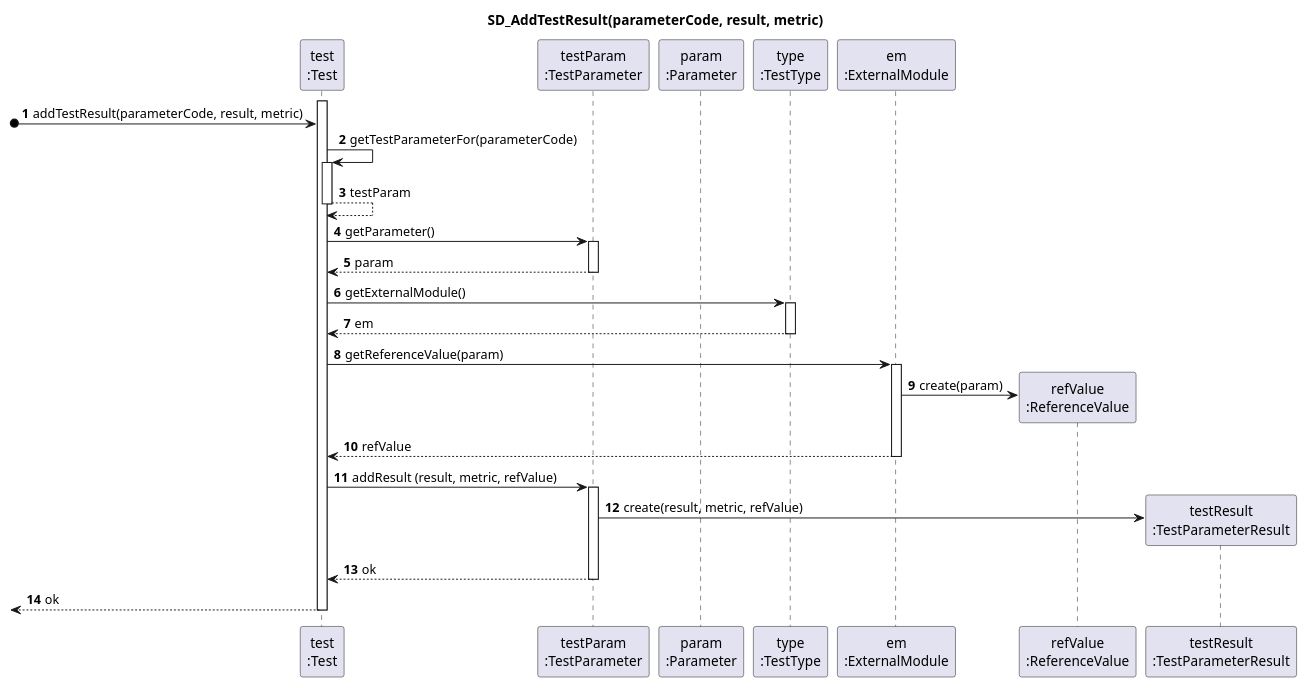
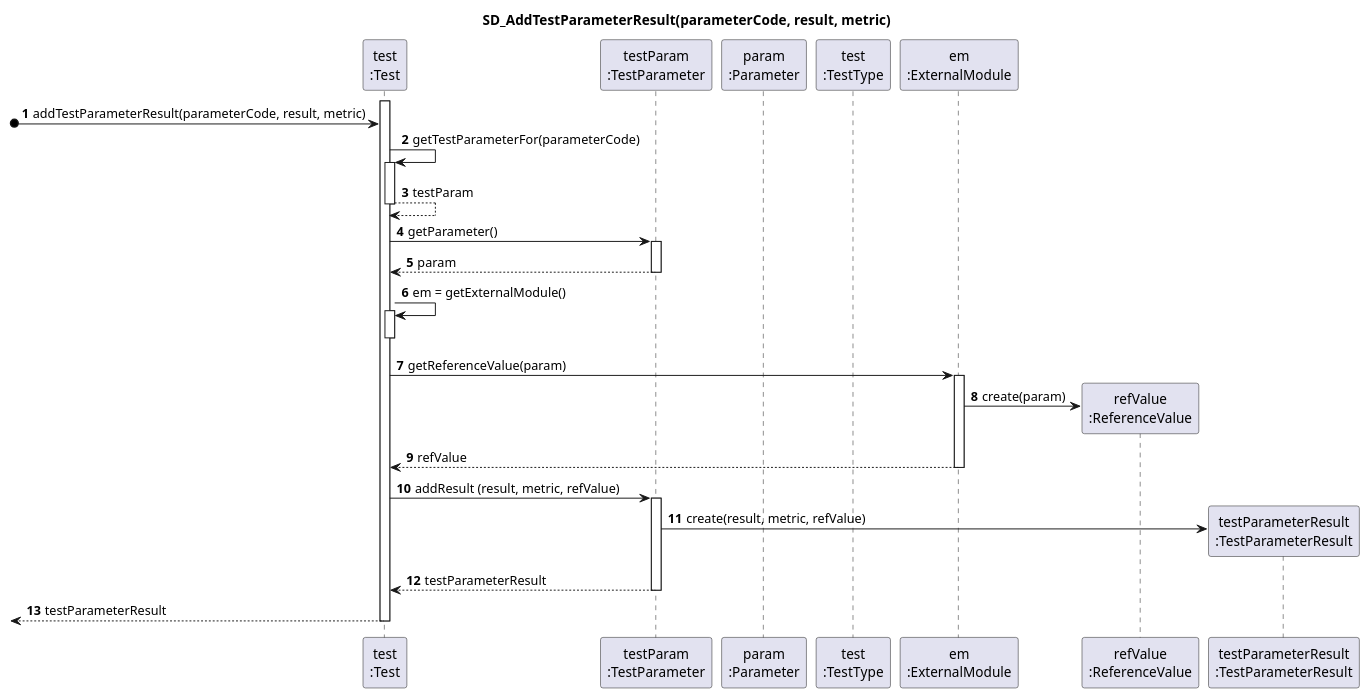
One commit to Pedromaia26/LAPR2-ISEP changed the diagram in docs/SprintC/US12_ResultsOfTest/SD_AddResult.puml. Above: the diagram before and after it, drawn with PlantUML. The commit also changed 5 other files, not shown here.

```diff
--- a/docs/SprintC/US12_ResultsOfTest/SD_AddResult.puml
+++ b/docs/SprintC/US12_ResultsOfTest/SD_AddResult.puml
@@ -1,45 +1,44 @@
 @startuml
 'https://plantuml.com/sequence-diagram
 
 autonumber
 
-title SD_AddTestResult(parameterCode, result, metric)
+title SD_AddTestParameterResult(parameterCode, result, metric)
 
 
 participant "test\n:Test" as T
 participant "testParam\n:TestParameter" as TP
 participant "param\n:Parameter" as P
-participant "type\n:TestType" as TT
+participant "test\n:TestType" as TT
 participant "em\n:ExternalModule" as EM
 participant "refValue\n:ReferenceValue" as RF
-participant "testResult\n:TestParameterResult" as TR
+participant "testParameterResult\n:TestParameterResult" as TR
 
 activate T
-?o-> T: addTestResult(parameterCode, result, metric)
+?o-> T: addTestParameterResult(parameterCode, result, metric)
     T -> T: getTestParameterFor(parameterCode)
 activate T
 T -->T: testParam
 deactivate T
     T -> TP: getParameter()
 activate TP
 TP --> T: param
 deactivate TP
 
-T -> TT: getExternalModule()
-activate TT
-TT --> T: em
-deactivate TT
+T -> T: em = getExternalModule()
+activate T
+deactivate T
 T -> EM: getReferenceValue(param)
 activate EM
 EM -> RF**: create(param)
 EM --> T: refValue
 deactivate EM
 T -> TP: addResult (result, metric, refValue)
 activate TP
 TP -> TR**: create(result, metric, refValue)
-TP --> T: ok
+TP --> T: testParameterResult
 deactivate TP
-<--T: ok
+<--T: testParameterResult
 deactivate T
 
 @enduml
```
